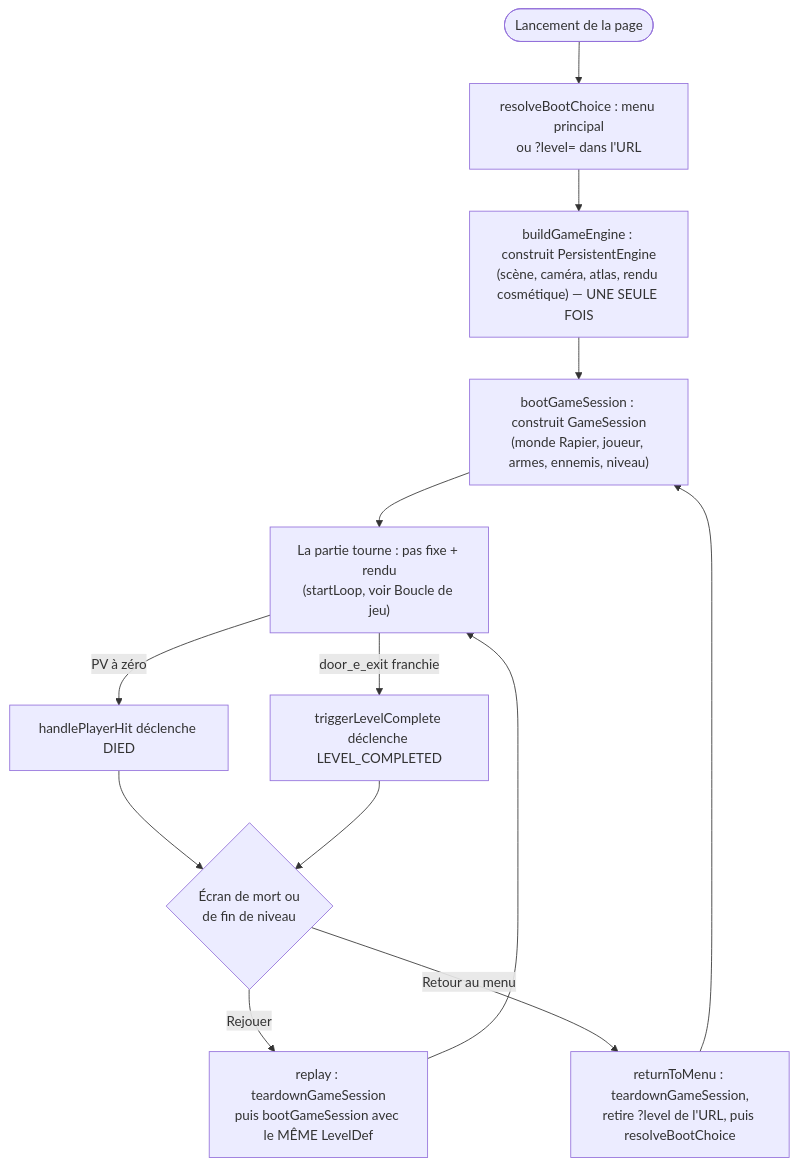
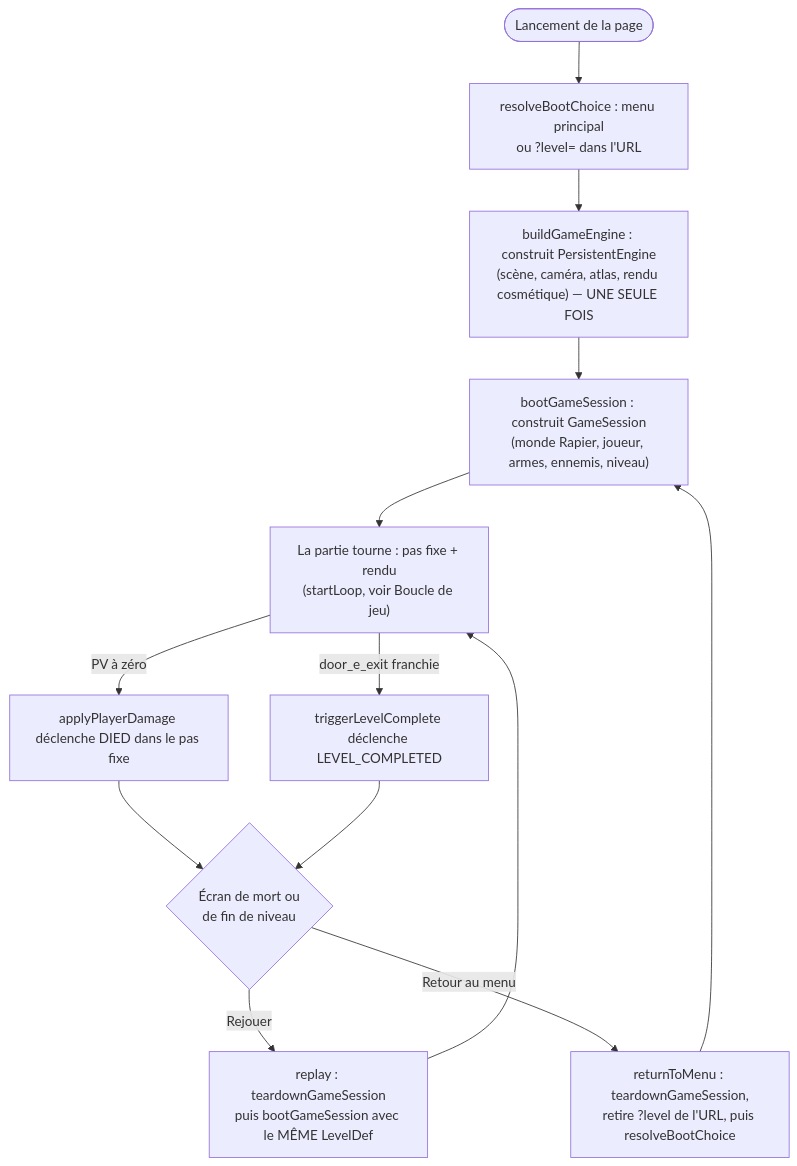
One commit to benjiGir/projet-cassandre changed the diagram in docs/systems/session.md. Above: the diagram before and after it, drawn with Mermaid. The commit also changed other lines of this file and 28 other files, not shown here.

````diff
--- a/docs/systems/session.md
+++ b/docs/systems/session.md
@@ -28,15 +28,15 @@
 ```mermaid
 flowchart TD
     Start([Lancement de la page]) --> Choice["resolveBootChoice : menu principal\nou ?level= dans l'URL"]
     Choice --> Persistent["buildGameEngine : construit PersistentEngine\n(scène, caméra, atlas, rendu cosmétique) — UNE SEULE FOIS"]
     Persistent --> Boot["bootGameSession : construit GameSession\n(monde Rapier, joueur, armes, ennemis, niveau)"]
     Boot --> Running["La partie tourne : pas fixe + rendu\n(startLoop, voir Boucle de jeu)"]
-    Running -->|PV à zéro| Died["handlePlayerHit déclenche DIED"]
+    Running -->|PV à zéro| Died["applyPlayerDamage déclenche DIED dans le pas fixe"]
     Running -->|door_e_exit franchie| Complete["triggerLevelComplete déclenche LEVEL_COMPLETED"]
     Died --> Screen{"Écran de mort ou\nde fin de niveau"}
     Complete --> Screen
     Screen -->|Rejouer| Replay["replay : teardownGameSession\npuis bootGameSession avec le MÊME LevelDef"]
     Screen -->|Retour au menu| ReturnMenu["returnToMenu : teardownGameSession,\nretire ?level de l'URL, puis resolveBootChoice"]
     Replay --> Running
     ReturnMenu --> Boot
 ```
````
